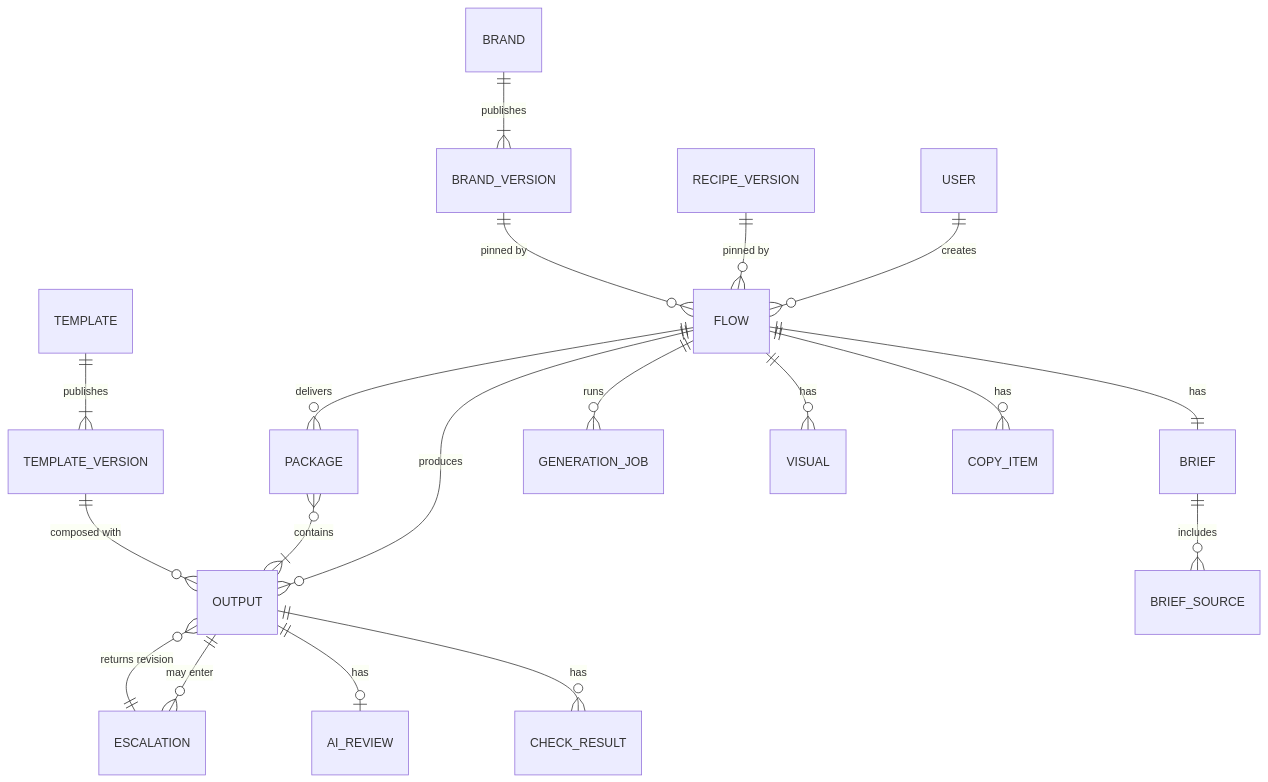
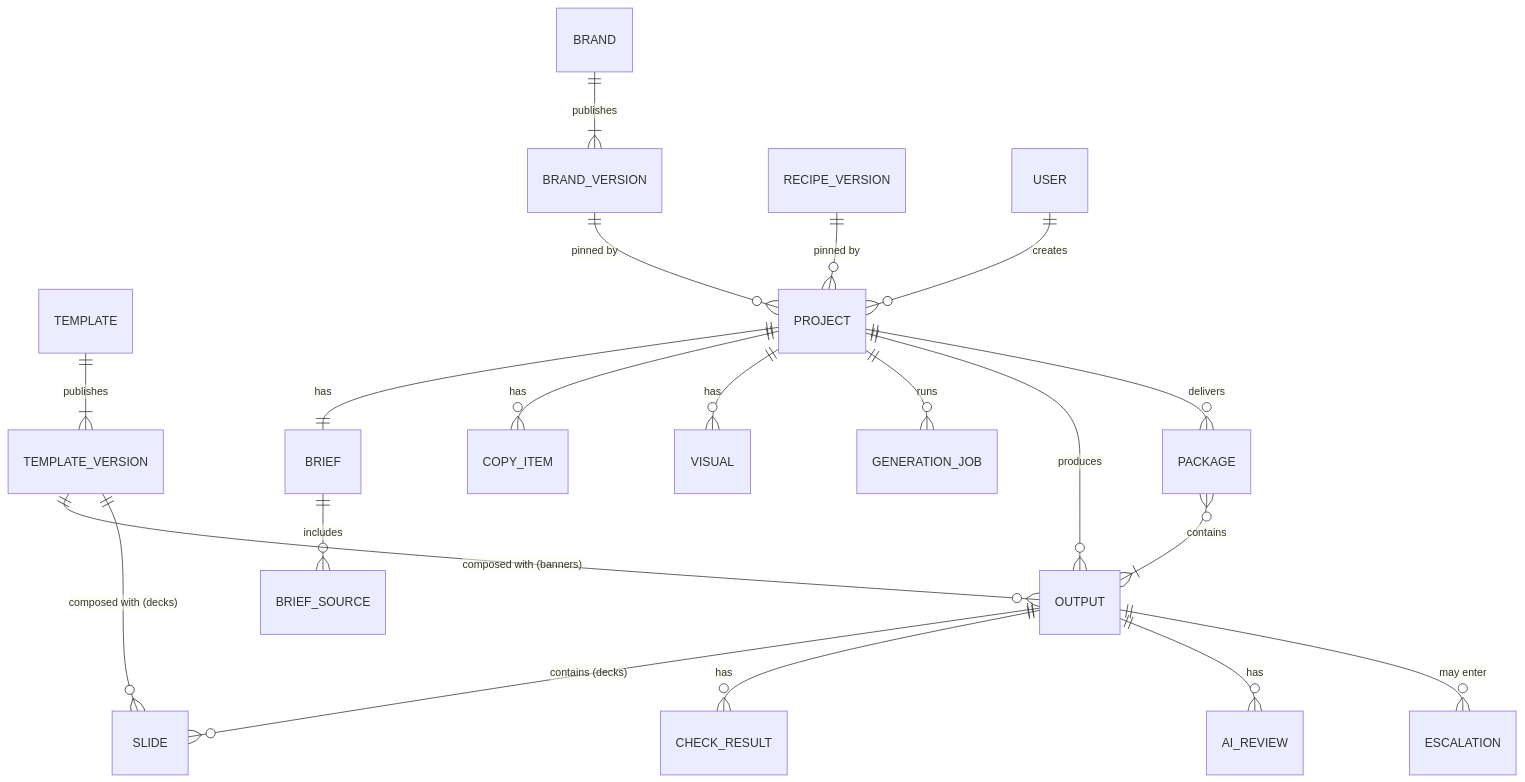
One commit to roman-kovbasyuk/automation-studio changed the first of 2 diagrams in docs/specs/domain-model.md. Above: the diagram before and after it, drawn with Mermaid. The commit also changed other lines of this file and 21 other files, not shown here.

````diff
--- a/docs/specs/domain-model.md
+++ b/docs/specs/domain-model.md
@@ -16,21 +16,22 @@
 ```mermaid
 erDiagram
   BRAND ||--|{ BRAND_VERSION : publishes
   TEMPLATE ||--|{ TEMPLATE_VERSION : publishes
-  RECIPE_VERSION ||--o{ FLOW : "pinned by"
-  BRAND_VERSION ||--o{ FLOW : "pinned by"
-  USER ||--o{ FLOW : creates
-  FLOW ||--|| BRIEF : has
+  RECIPE_VERSION ||--o{ PROJECT : "pinned by"
+  BRAND_VERSION ||--o{ PROJECT : "pinned by"
+  USER ||--o{ PROJECT : creates
+  PROJECT ||--|| BRIEF : has
   BRIEF ||--o{ BRIEF_SOURCE : includes
-  FLOW ||--o{ COPY_ITEM : has
-  FLOW ||--o{ VISUAL : has
-  FLOW ||--o{ GENERATION_JOB : runs
-  FLOW ||--o{ OUTPUT : produces
-  TEMPLATE_VERSION ||--o{ OUTPUT : "composed with"
+  PROJECT ||--o{ COPY_ITEM : has
+  PROJECT ||--o{ VISUAL : has
+  PROJECT ||--o{ GENERATION_JOB : runs
+  PROJECT ||--o{ OUTPUT : produces
+  OUTPUT ||--o{ SLIDE : "contains (decks)"
+  TEMPLATE_VERSION ||--o{ OUTPUT : "composed with (banners)"
+  TEMPLATE_VERSION ||--o{ SLIDE : "composed with (decks)"
   OUTPUT ||--o{ CHECK_RESULT : has
-  OUTPUT ||--o| AI_REVIEW : has
+  OUTPUT ||--o{ AI_REVIEW : has
   OUTPUT ||--o{ ESCALATION : "may enter"
-  ESCALATION ||--o{ OUTPUT : "returns revision"
-  FLOW ||--o{ PACKAGE : delivers
+  PROJECT ||--o{ PACKAGE : delivers
   PACKAGE }o--|{ OUTPUT : contains
 ```
````
